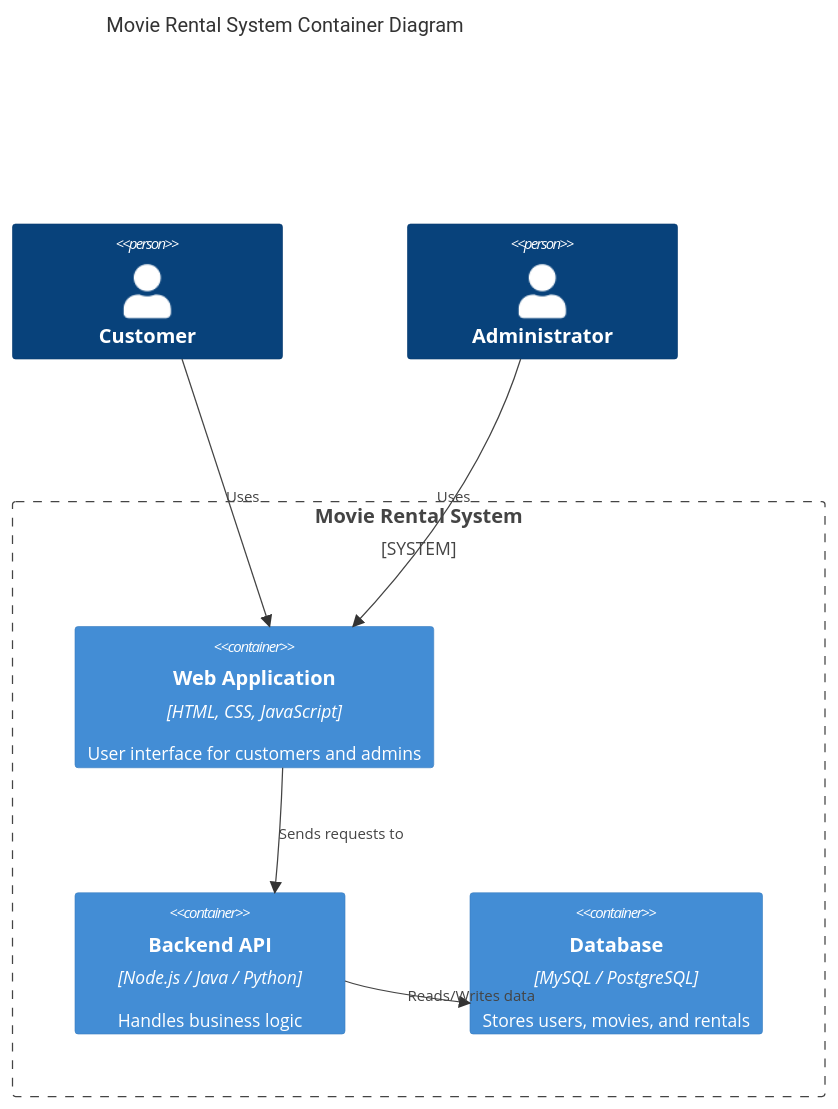
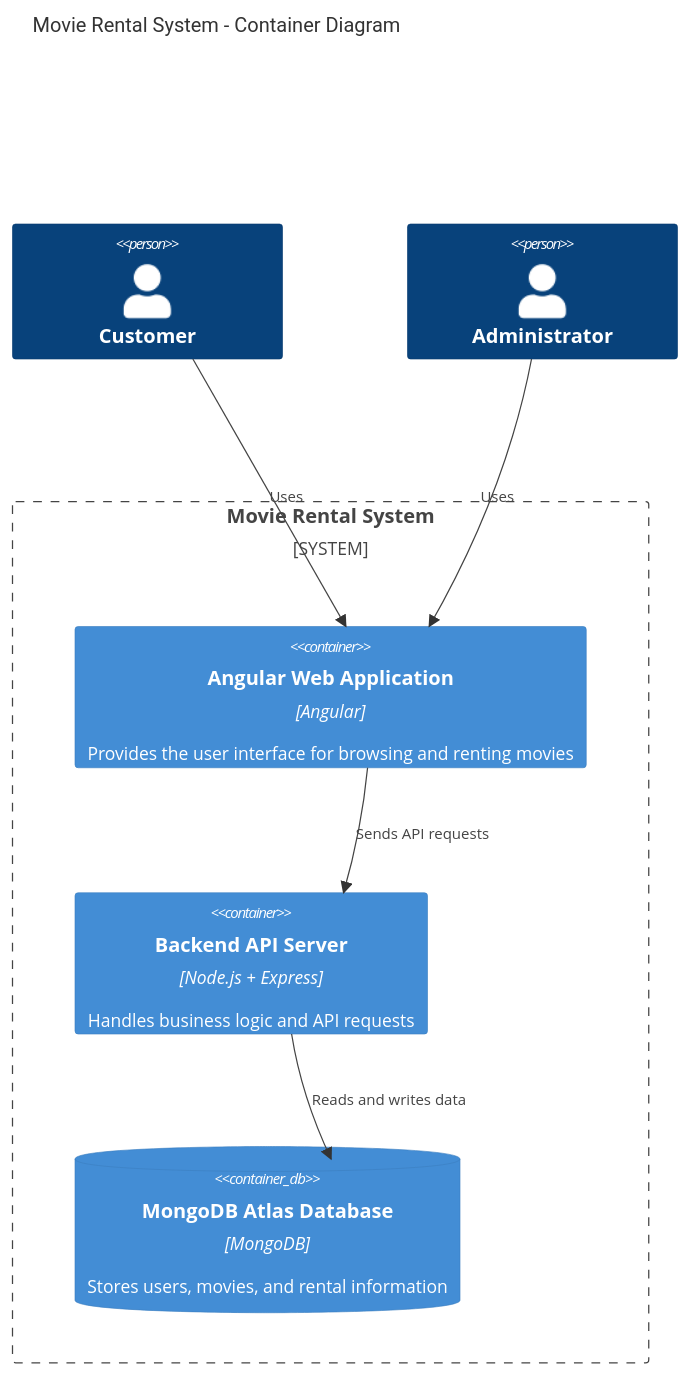
One commit to ThaakirahA/movie-rental-system changed the second of 3 diagrams in ARCHITECTURE.md. Above: the diagram before and after it, drawn with Mermaid. The commit also changed other lines of this file, not shown here.

````diff
--- a/ARCHITECTURE.md
+++ b/ARCHITECTURE.md
@@ -46,24 +90,25 @@
 ```mermaid
 C4Container
-title Movie Rental System Container Diagram
+title Movie Rental System - Container Diagram
 
 Person(customer, "Customer")
 Person(admin, "Administrator")
 
 System_Boundary(movieSystem, "Movie Rental System") {
 
-Container(webApp, "Web Application", "HTML, CSS, JavaScript", "User interface for customers and admins")
+Container(angularApp, "Angular Web Application", "Angular", "Provides the user interface for browsing and renting movies")
 
-Container(api, "Backend API", "Node.js / Java / Python", "Handles business logic")
+Container(apiServer, "Backend API Server", "Node.js + Express", "Handles business logic and API requests")
 
-Container(database, "Database", "MySQL / PostgreSQL", "Stores users, movies, and rentals")
+ContainerDb(database, "MongoDB Atlas Database", "MongoDB", "Stores users, movies, and rental information")
 
 }
 
-Rel(customer, webApp, "Uses")
-Rel(admin, webApp, "Uses")
+Rel(customer, angularApp, "Uses")
 
-Rel(webApp, api, "Sends requests to")
+Rel(admin, angularApp, "Uses")
 
-Rel(api, database, "Reads/Writes data")
+Rel(angularApp, apiServer, "Sends API requests")
+
+Rel(apiServer, database, "Reads and writes data")
 ```
````
